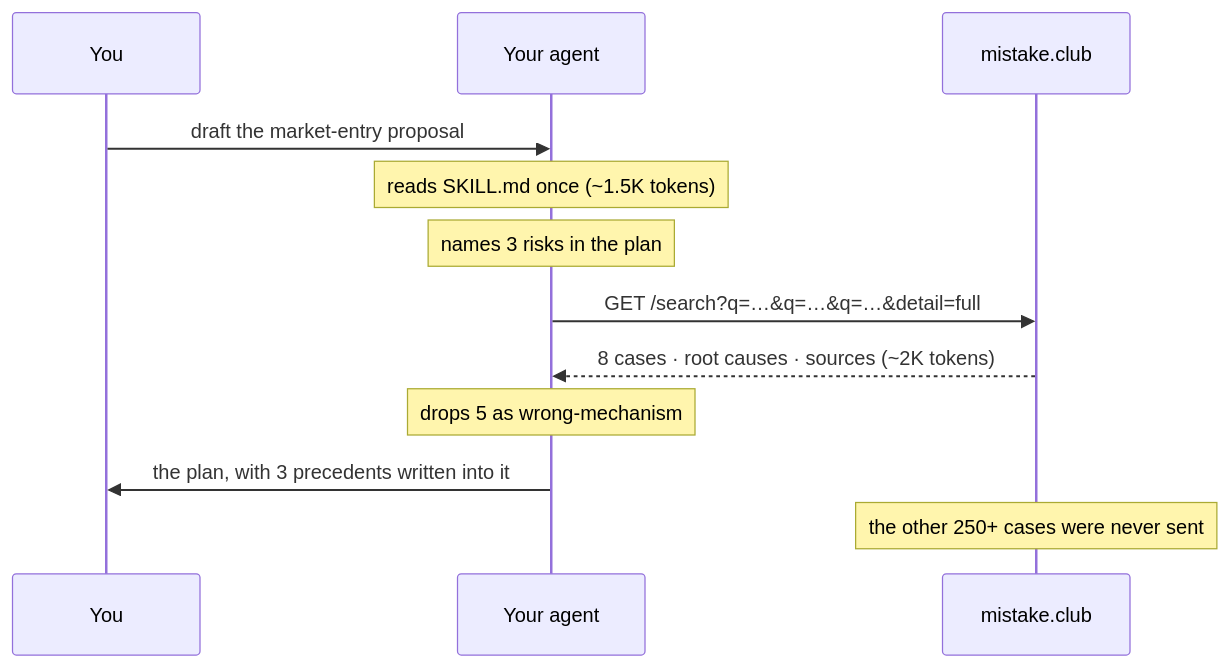
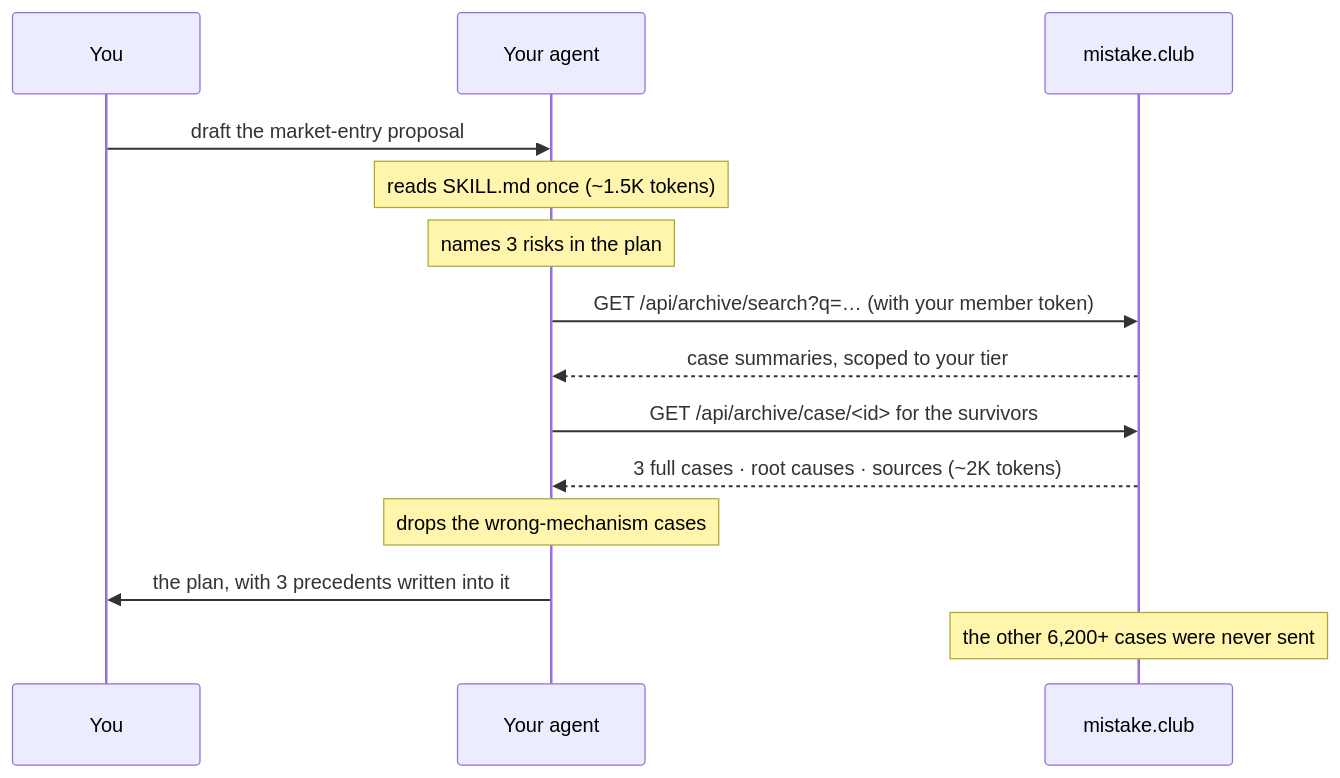
Before and after one commit to liangliao1209/mistake-club-skill: the diagram in docs/how-it-works.md, drawn with Mermaid. The commit also changed other lines of this file, not shown here.

Commit message:
docs: how-it-works on the member-token API, current archive size

````diff
--- a/docs/how-it-works.md
+++ b/docs/how-it-works.md
@@ -16,14 +16,16 @@
 ```mermaid
 sequenceDiagram
     participant U as You
     participant A as Your agent
     participant M as mistake.club
     U->>A: draft the market-entry proposal
     Note over A: reads SKILL.md once (~1.5K tokens)
     Note over A: names 3 risks in the plan
-    A->>M: GET /search?q=…&q=…&q=…&detail=full
-    M-->>A: 8 cases · root causes · sources (~2K tokens)
-    Note over A: drops 5 as wrong-mechanism
+    A->>M: GET /api/archive/search?q=… (with your member token)
+    M-->>A: case summaries, scoped to your tier
+    A->>M: GET /api/archive/case/<id> for the survivors
+    M-->>A: 3 full cases · root causes · sources (~2K tokens)
+    Note over A: drops the wrong-mechanism cases
     A->>U: the plan, with 3 precedents written into it
-    Note over M: the other 250+ cases were never sent
+    Note over M: the other 6,200+ cases were never sent
 ```
````
